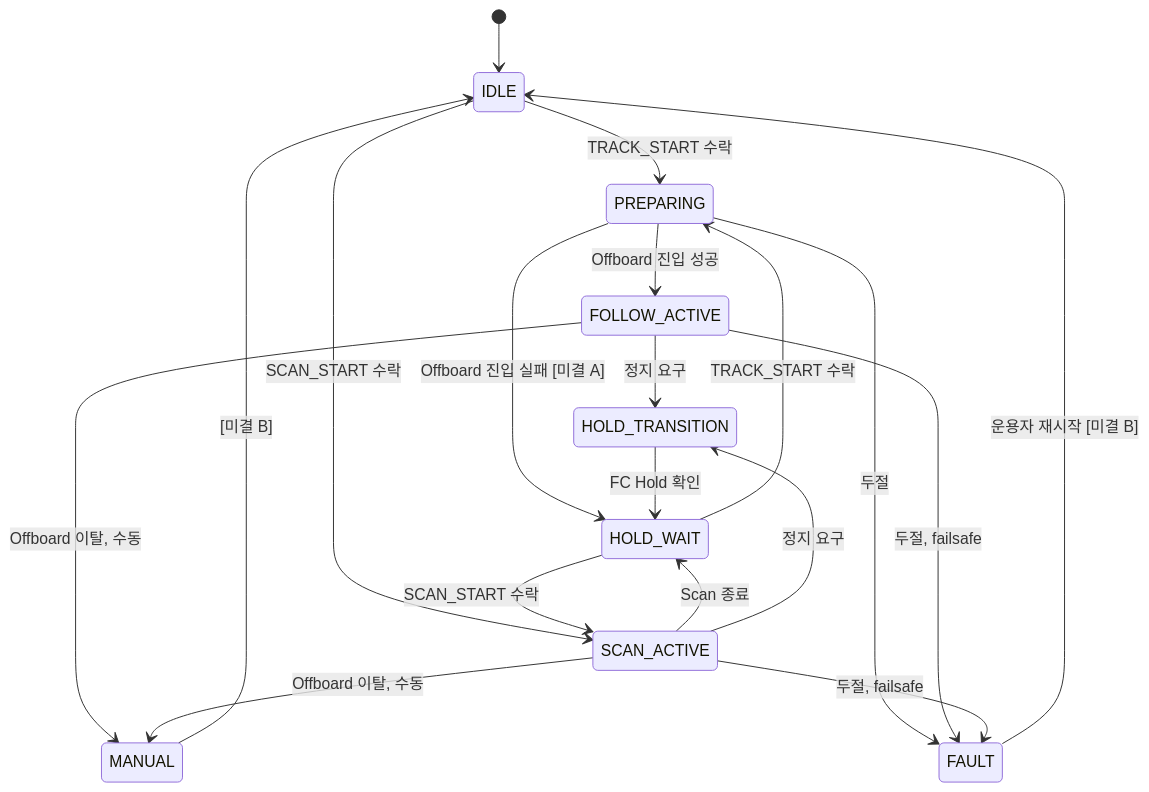
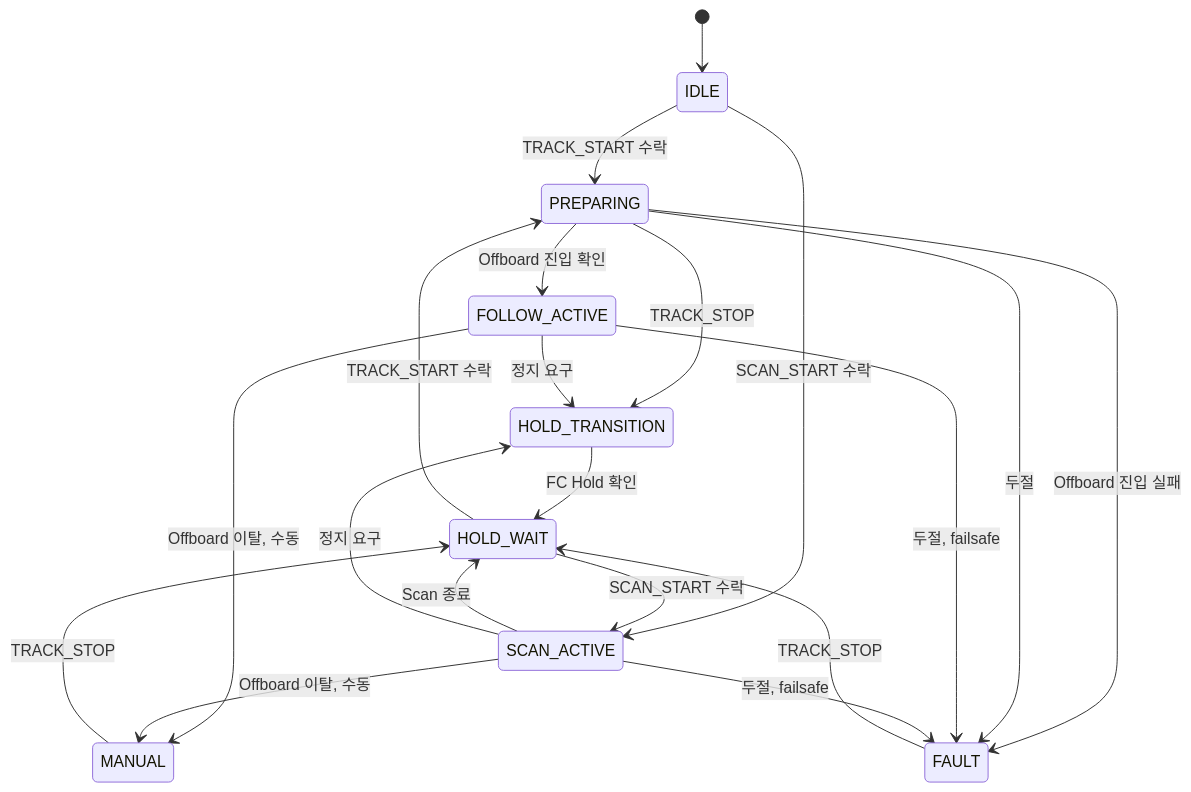
Before and after one commit to lig-argus/argus-edge-vision: the first of 2 diagrams in docs/design/uml/state_machine.md, drawn with Mermaid. The commit also changed other lines of this file and 5 other files, not shown here.

First line of the commit message:
docs: UML 에 추적·추종 담당 리뷰 반영

````diff
--- a/docs/design/uml/state_machine.md
+++ b/docs/design/uml/state_machine.md
@@ -11,21 +11,22 @@
 ```mermaid
 stateDiagram-v2
     [*] --> IDLE
     IDLE --> PREPARING : TRACK_START 수락
     HOLD_WAIT --> PREPARING : TRACK_START 수락
-    PREPARING --> FOLLOW_ACTIVE : Offboard 진입 성공
-    PREPARING --> HOLD_WAIT : Offboard 진입 실패 [미결 A]
+    PREPARING --> FOLLOW_ACTIVE : Offboard 진입 확인
+    PREPARING --> FAULT : Offboard 진입 실패
+    PREPARING --> HOLD_TRANSITION : TRACK_STOP
     IDLE --> SCAN_ACTIVE : SCAN_START 수락
     HOLD_WAIT --> SCAN_ACTIVE : SCAN_START 수락
     SCAN_ACTIVE --> HOLD_WAIT : Scan 종료
     FOLLOW_ACTIVE --> HOLD_TRANSITION : 정지 요구
     SCAN_ACTIVE --> HOLD_TRANSITION : 정지 요구
     HOLD_TRANSITION --> HOLD_WAIT : FC Hold 확인
     FOLLOW_ACTIVE --> MANUAL : Offboard 이탈, 수동
     SCAN_ACTIVE --> MANUAL : Offboard 이탈, 수동
     PREPARING --> FAULT : 두절
     FOLLOW_ACTIVE --> FAULT : 두절, failsafe
     SCAN_ACTIVE --> FAULT : 두절, failsafe
-    MANUAL --> IDLE : [미결 B]
-    FAULT --> IDLE : 운용자 재시작 [미결 B]
+    MANUAL --> HOLD_WAIT : TRACK_STOP
+    FAULT --> HOLD_WAIT : TRACK_STOP
 ```
````
